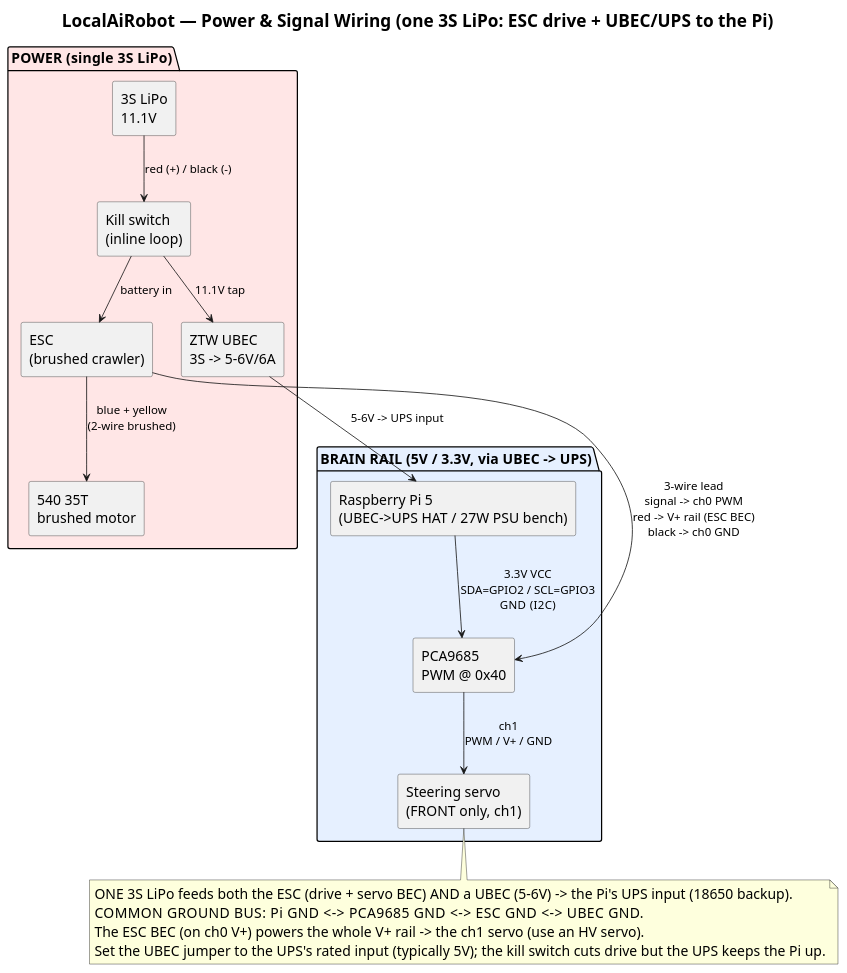
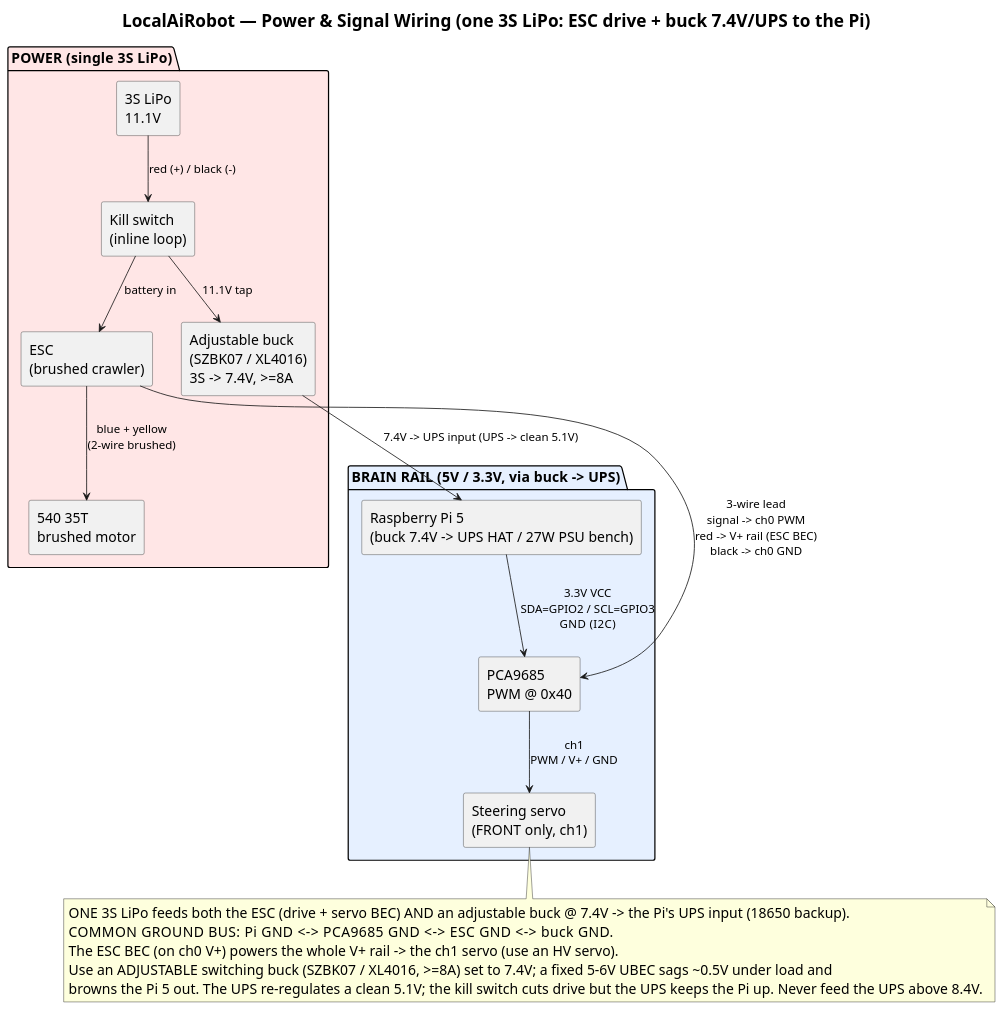
Before and after one commit to shen747/LocalAiRobot: the diagram in docs/wiring/diagrams/wiring-overview.puml, drawn with PlantUML. The commit also changed 11 other files, not shown here.

Commit message:
Replace the sagging fixed UBEC with an adjustable 7.4V buck into the UPS across docs + regenerated diagrams

```diff
--- a/docs/wiring/diagrams/wiring-overview.puml
+++ b/docs/wiring/diagrams/wiring-overview.puml
@@ -1,44 +1,45 @@
 @startuml wiring-overview
 top to bottom direction
-title LocalAiRobot — Power & Signal Wiring (one 3S LiPo: ESC drive + UBEC/UPS to the Pi)
+title LocalAiRobot — Power & Signal Wiring (one 3S LiPo: ESC drive + buck 7.4V/UPS to the Pi)
 
 skinparam shadowing false
 skinparam defaultFontName Helvetica
 skinparam defaultFontSize 17
 skinparam TitleFontSize 21
 skinparam ArrowFontSize 14
 skinparam rectangle {
   FontSize 17
   BorderColor #333333
 }
 
 package "POWER  (single 3S LiPo)" #ffe6e6 {
   rectangle "3S LiPo\n11.1V" as LIPO
   rectangle "Kill switch\n(inline loop)" as KILL
   rectangle "ESC\n(brushed crawler)" as ESC
   rectangle "540 35T\nbrushed motor" as MOTOR
-  rectangle "ZTW UBEC\n3S -> 5-6V/6A" as UBEC
+  rectangle "Adjustable buck\n(SZBK07 / XL4016)\n3S -> 7.4V, >=8A" as UBEC
 }
 
-package "BRAIN RAIL  (5V / 3.3V, via UBEC -> UPS)" #e6f0ff {
-  rectangle "Raspberry Pi 5\n(UBEC->UPS HAT / 27W PSU bench)" as PI
+package "BRAIN RAIL  (5V / 3.3V, via buck -> UPS)" #e6f0ff {
+  rectangle "Raspberry Pi 5\n(buck 7.4V -> UPS HAT / 27W PSU bench)" as PI
   rectangle "PCA9685\nPWM @ 0x40" as PCA
   rectangle "Steering servo\n(FRONT only, ch1)" as SERVO
 }
 
 LIPO  --> KILL  : red (+) / black (-)
 KILL  --> ESC   : battery in
 KILL  --> UBEC  : 11.1V tap
-UBEC  --> PI    : 5-6V -> UPS input
+UBEC  --> PI    : 7.4V -> UPS input (UPS -> clean 5.1V)
 ESC   --> MOTOR : blue + yellow\n(2-wire brushed)
 ESC   --> PCA   : 3-wire lead\nsignal -> ch0 PWM\nred -> V+ rail (ESC BEC)\nblack -> ch0 GND
 PCA   --> SERVO : ch1\nPWM / V+ / GND
 PI    --> PCA   : 3.3V VCC\nSDA=GPIO2 / SCL=GPIO3\nGND  (I2C)
 
 note bottom
-  ONE 3S LiPo feeds both the ESC (drive + servo BEC) AND a UBEC (5-6V) -> the Pi's UPS input (18650 backup).
-  COMMON GROUND BUS:  Pi GND  <->  PCA9685 GND  <->  ESC GND  <->  UBEC GND.
+  ONE 3S LiPo feeds both the ESC (drive + servo BEC) AND an adjustable buck @ 7.4V -> the Pi's UPS input (18650 backup).
+  COMMON GROUND BUS:  Pi GND  <->  PCA9685 GND  <->  ESC GND  <->  buck GND.
   The ESC BEC (on ch0 V+) powers the whole V+ rail -> the ch1 servo (use an HV servo).
-  Set the UBEC jumper to the UPS's rated input (typically 5V); the kill switch cuts drive but the UPS keeps the Pi up.
+  Use an ADJUSTABLE switching buck (SZBK07 / XL4016, >=8A) set to 7.4V; a fixed 5-6V UBEC sags ~0.5V under load and
+  browns the Pi 5 out. The UPS re-regulates a clean 5.1V; the kill switch cuts drive but the UPS keeps the Pi up. Never feed the UPS above 8.4V.
 end note
 @enduml
```
